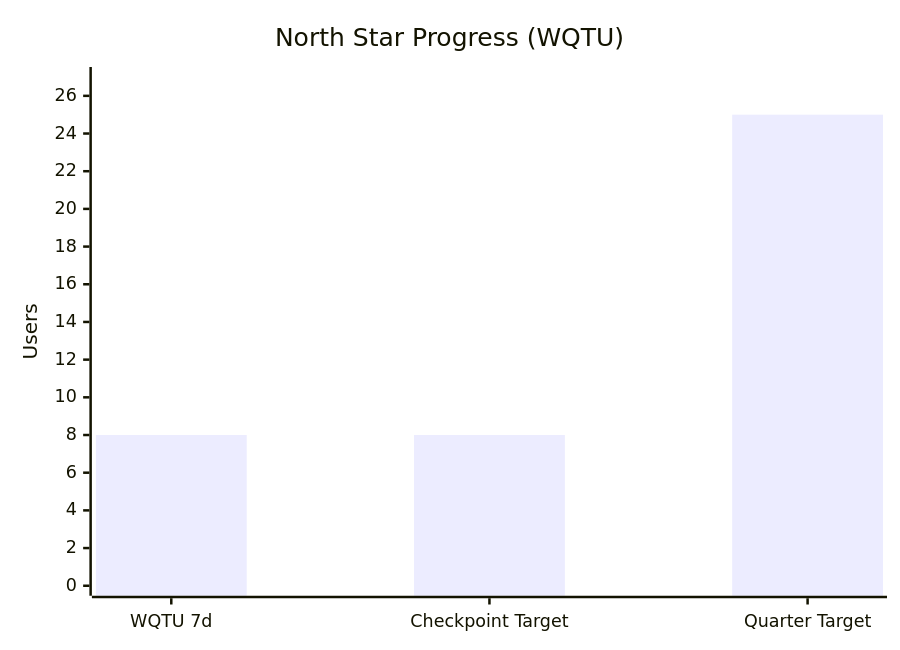
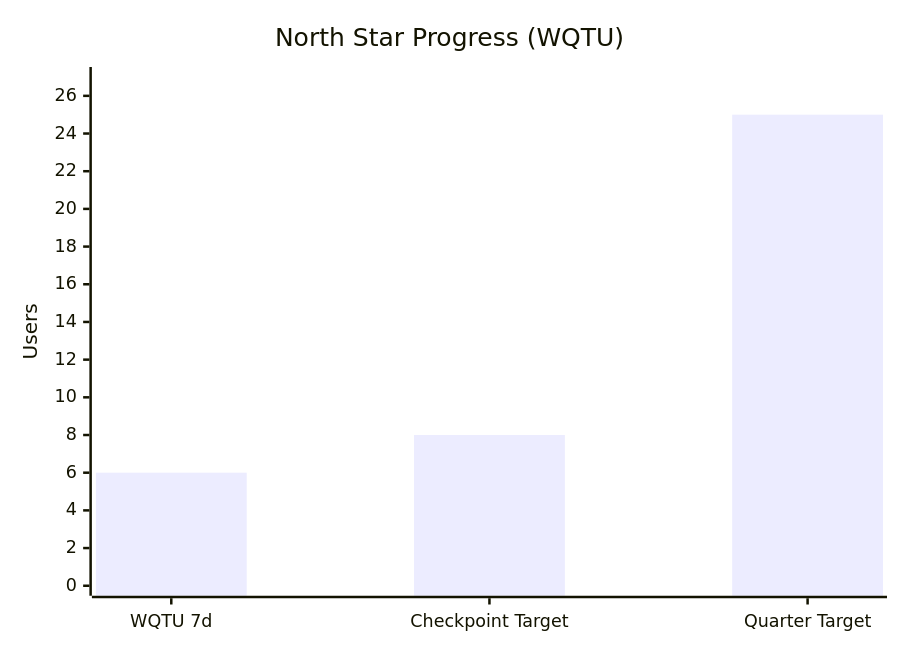
Before and after one commit to IgorGanapolsky/Random-Timer: the second of 4 diagrams in wiki/Paid-Acquisition.md, drawn with Mermaid. The commit also changed other lines of this file and 10 other files, not shown here.

````diff
--- a/wiki/Paid-Acquisition.md
+++ b/wiki/Paid-Acquisition.md
@@ -50,7 +50,7 @@
 ```mermaid
 xychart-beta
     title "North Star Progress (WQTU)"
     x-axis ["WQTU 7d" , "Checkpoint Target" , "Quarter Target"]
     y-axis "Users" 0 --> 27
-    bar [8 , 8 , 25]
+    bar [6 , 8 , 25]
 ```
````
